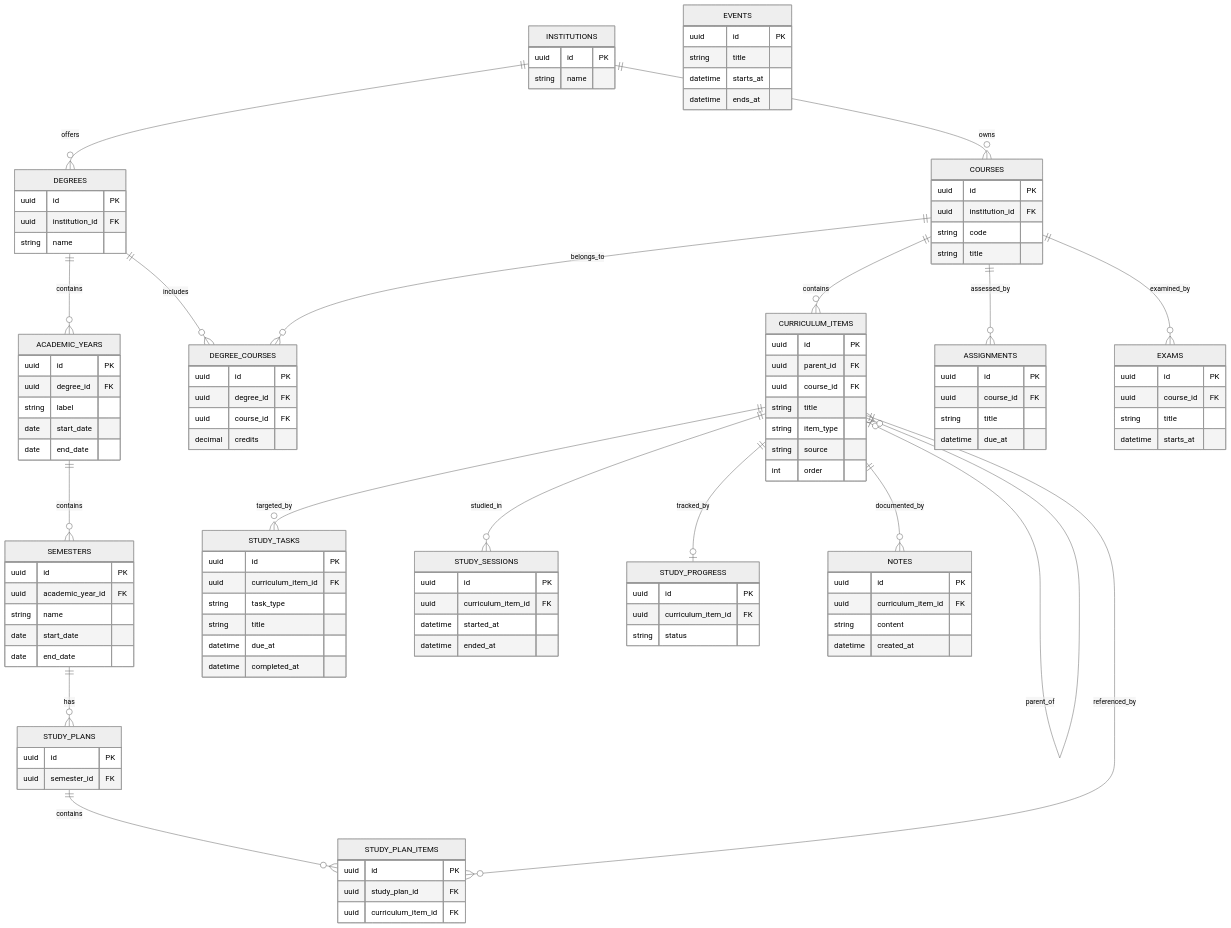
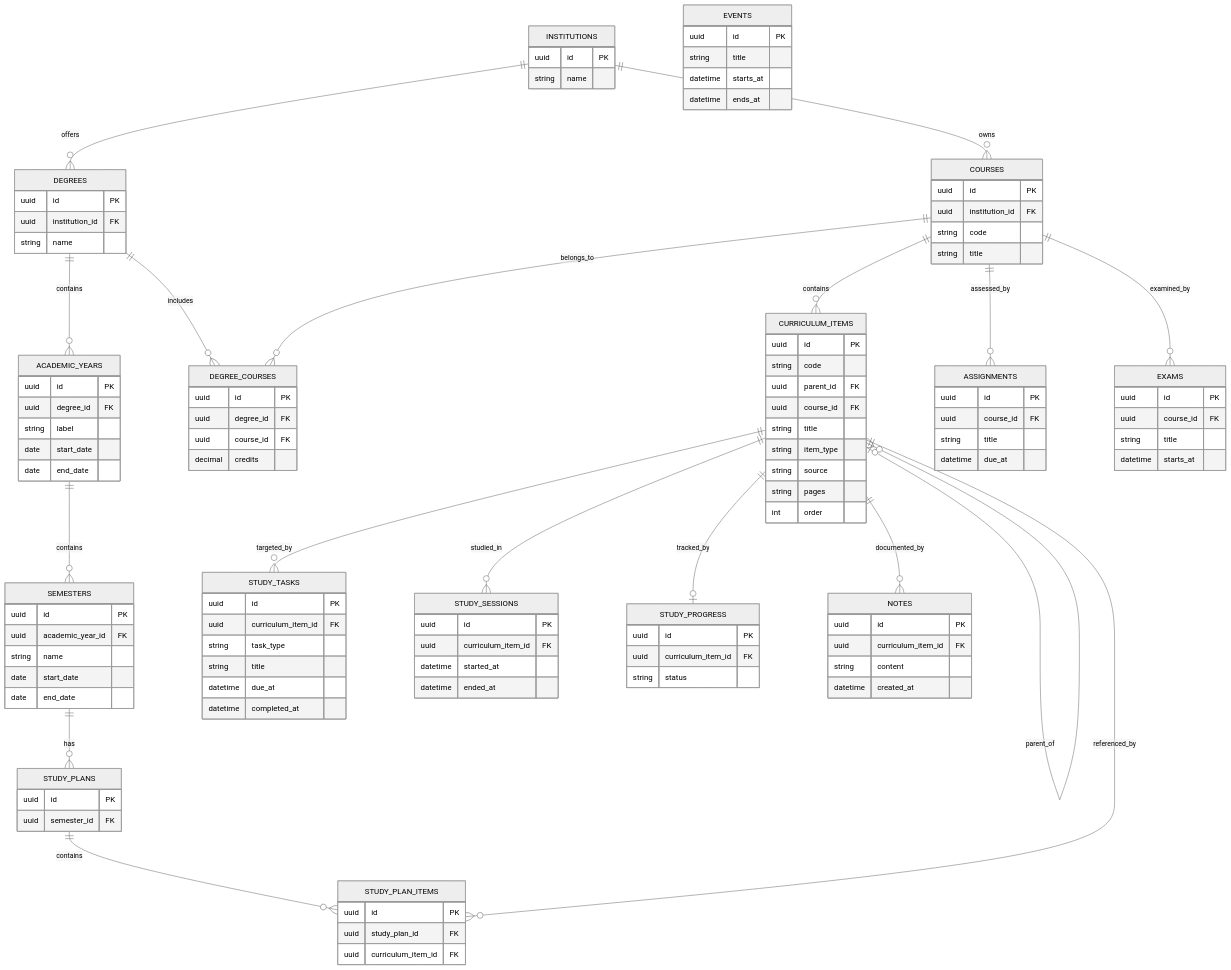
The diagram in docs/sprint-2-persistence.md (dviryamin1/academic-os), drawn with Mermaid (neutral theme) before and after one commit. The commit also changed other lines of this file and 30 other files, not shown here.

```diff
--- a/docs/sprint-2-persistence.md
+++ b/docs/sprint-2-persistence.md
@@ -73,11 +73,13 @@
     }
     CURRICULUM_ITEMS {
         uuid id PK
+        string code
         uuid parent_id FK
         uuid course_id FK
         string title
         string item_type
         string source
+        string pages
         int order
     }
     STUDY_PLANS {
```
